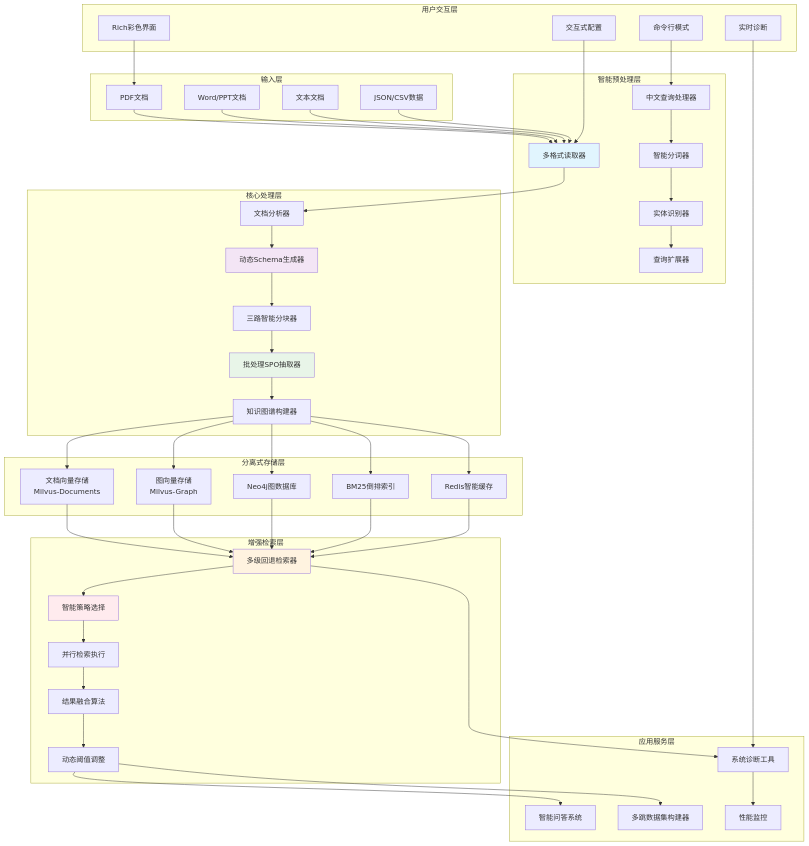
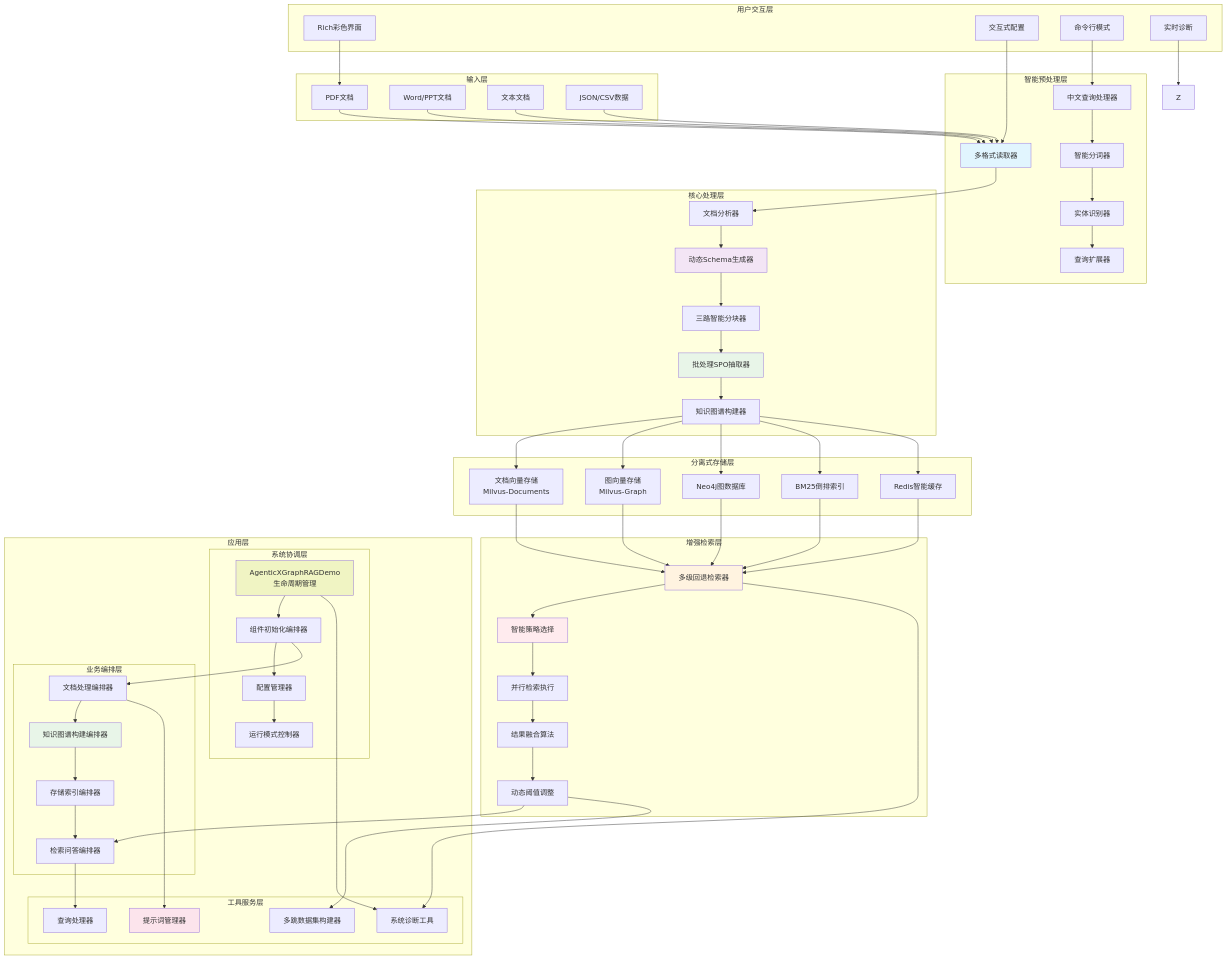
The sixth of 14 diagrams in README.md (DemonDamon/AgenticX-GraphRAG), drawn with Mermaid before and after one commit.

Commit message:
update business flowchart

````diff
--- a/README.md
+++ b/README.md
@@ -440,11 +440,27 @@
         W[动态阈值调整]
     end
     
-    subgraph "应用服务层"
-        X[智能问答系统]
-        Y[多跳数据集构建器]
-        Z[系统诊断工具]
-        AA[性能监控]
+    subgraph "应用层"
+        subgraph "系统协调层"
+            X1[AgenticXGraphRAGDemo<br/>生命周期管理]
+            X2[组件初始化编排器]
+            X3[配置管理器]
+            X4[运行模式控制器]
+        end
+        
+        subgraph "业务编排层"
+            Y1[文档处理编排器]
+            Y2[知识图谱构建编排器]
+            Y3[存储索引编排器]
+            Y4[检索问答编排器]
+        end
+        
+        subgraph "工具服务层"
+            Z1[多跳数据集构建器]
+            Z2[提示词管理器]
+            Z3[查询处理器]
+            Z4[系统诊断工具]
+        end
     end
     
     UI1 --> A
@@ -484,14 +500,29 @@
     U --> V
     V --> W
     
-    W --> X
-    W --> Y
-    S --> Z
-    Z --> AA
+    W --> Y4
+    W --> Z1
+    S --> Z4
+    
+    X1 --> X2
+    X2 --> X3
+    X3 --> X4
+    
+    X2 --> Y1
+    Y1 --> Y2
+    Y2 --> Y3
+    Y3 --> Y4
+    
+    Y1 --> Z2
+    Y4 --> Z3
+    X1 --> Z4
     
     style E fill:#e1f5fe
     style K fill:#f3e5f5
     style M fill:#e8f5e8
     style S fill:#fff3e0
     style T fill:#ffebee
+    style X1 fill:#f0f4c3
+    style Y2 fill:#e8f5e8
+    style Z2 fill:#fce4ec
 ```
````
